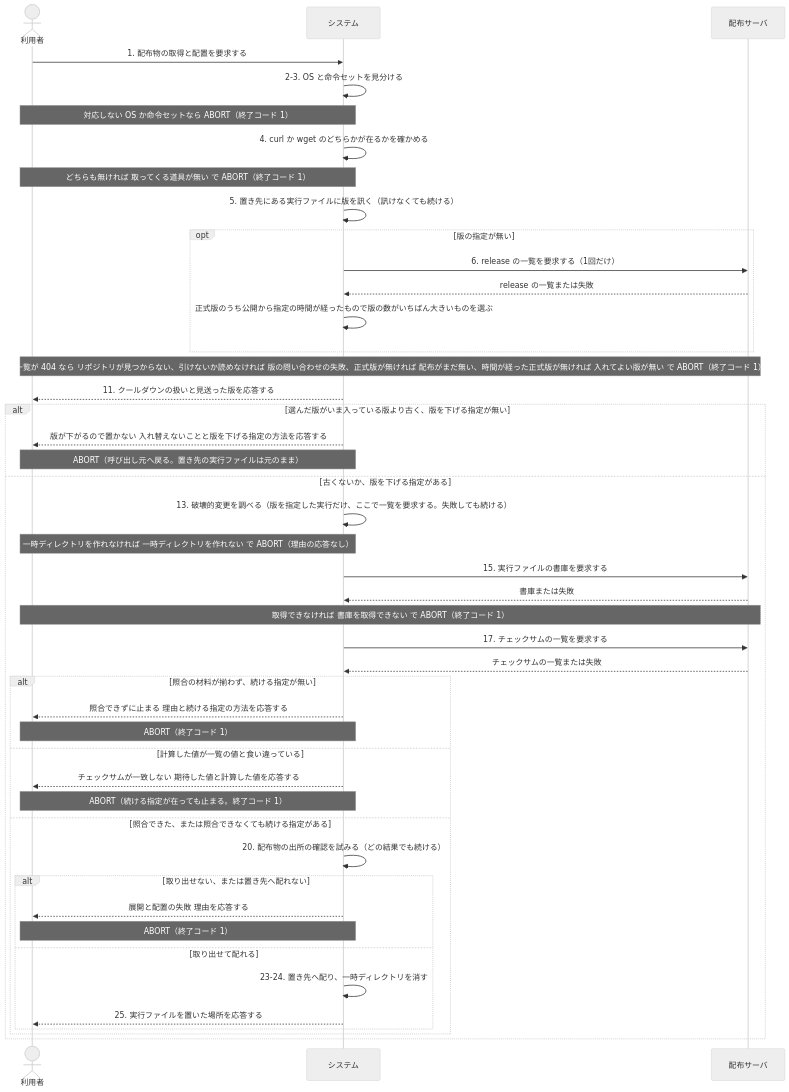
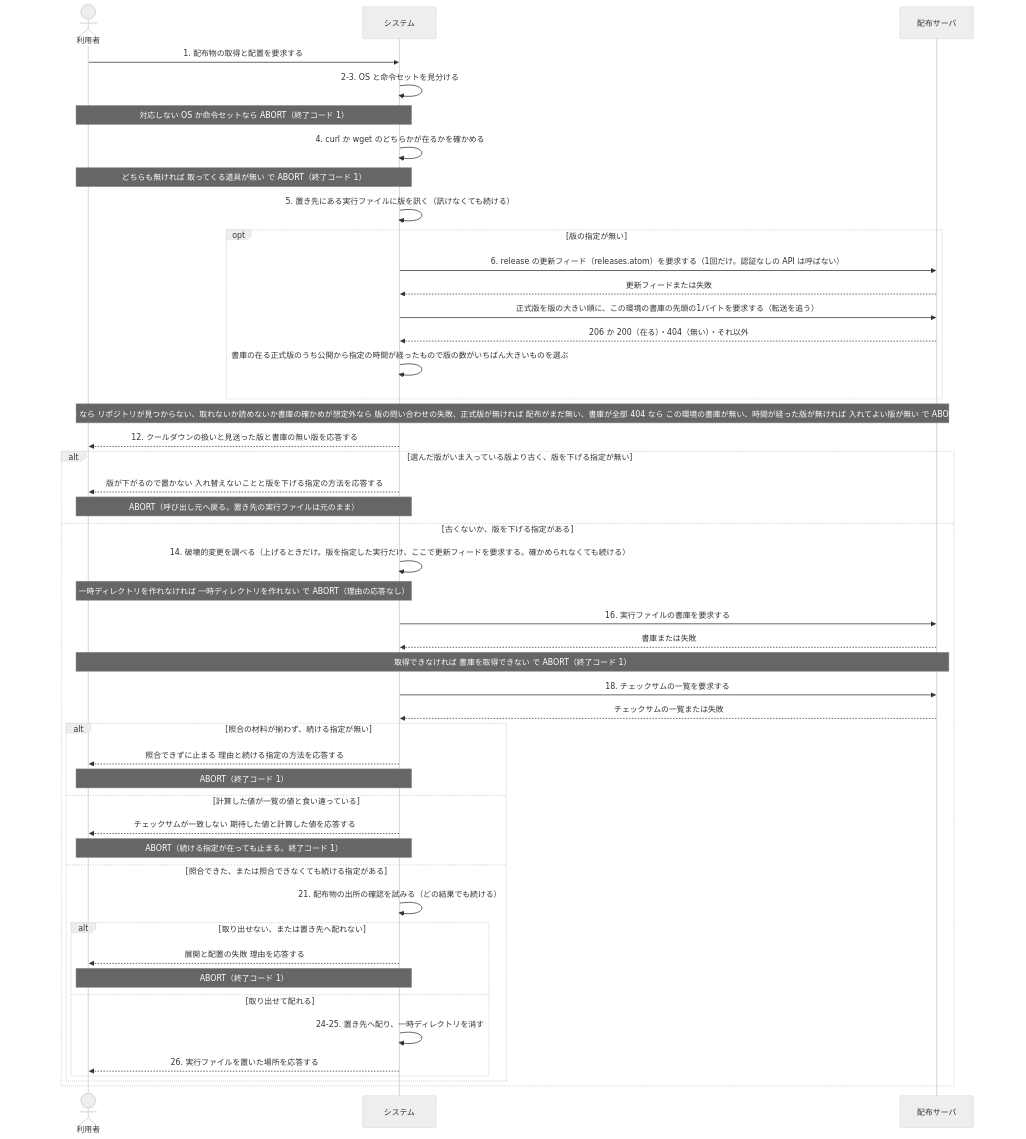
The second of 2 diagrams in docs/spec/usecases/particular_case/配布物を取って置く.rucm.md (maimuzo/continuo), drawn with Mermaid (neutral theme) before and after one commit. The commit also changed other lines of this file and 16 other files, not shown here.

First line of the commit message:
インストーラーが版を選ぶ先を releases.atom にする 認証なしの GitHub API を呼ばずに版を選び 破壊的変更も更新フィードの見出しから読む

````diff
--- a/docs/spec/usecases/particular_case/配布物を取って置く.rucm.md
+++ b/docs/spec/usecases/particular_case/配布物を取って置く.rucm.md
@@ -414,48 +452,50 @@
 ```mermaid
 sequenceDiagram
     actor USER as 利用者
     participant SYS as システム
     participant REL as 配布サーバ
 
     USER->>SYS: 1. 配布物の取得と配置を要求する
     SYS->>SYS: 2-3. OS と命令セットを見分ける
     Note over USER,SYS: 対応しない OS か命令セットなら ABORT（終了コード 1）
     SYS->>SYS: 4. curl か wget のどちらかが在るかを確かめる
     Note over USER,SYS: どちらも無ければ 取ってくる道具が無い で ABORT（終了コード 1）
     SYS->>SYS: 5. 置き先にある実行ファイルに版を訊く（訊けなくても続ける）
     opt 版の指定が無い
-        SYS->>REL: 6. release の一覧を要求する（1回だけ）
-        REL-->>SYS: release の一覧または失敗
-        SYS->>SYS: 正式版のうち公開から指定の時間が経ったもので版の数がいちばん大きいものを選ぶ
+        SYS->>REL: 6. release の更新フィード（releases.atom）を要求する（1回だけ。認証なしの API は呼ばない）
+        REL-->>SYS: 更新フィードまたは失敗
+        SYS->>REL: 正式版を版の大きい順に、この環境の書庫の先頭の1バイトを要求する（転送を追う）
+        REL-->>SYS: 206 か 200（在る）・404（無い）・それ以外
+        SYS->>SYS: 書庫の在る正式版のうち公開から指定の時間が経ったもので版の数がいちばん大きいものを選ぶ
     end
-    Note over USER,REL: 一覧が 404 なら リポジトリが見つからない、引けないか読めなければ 版の問い合わせの失敗、正式版が無ければ 配布がまだ無い、時間が経った正式版が無ければ 入れてよい版が無い で ABORT（終了コード 1）
-    SYS-->>USER: 11. クールダウンの扱いと見送った版を応答する
+    Note over USER,REL: 更新フィードが 404 なら リポジトリが見つからない、取れないか読めないか書庫の確かめが想定外なら 版の問い合わせの失敗、正式版が無ければ 配布がまだ無い、書庫が全部 404 なら この環境の書庫が無い、時間が経った版が無ければ 入れてよい版が無い で ABORT（終了コード 1）
+    SYS-->>USER: 12. クールダウンの扱いと見送った版と書庫の無い版を応答する
     alt 選んだ版がいま入っている版より古く、版を下げる指定が無い
         SYS-->>USER: 版が下がるので置かない 入れ替えないことと版を下げる指定の方法を応答する
         Note over USER,SYS: ABORT（呼び出し元へ戻る。置き先の実行ファイルは元のまま）
     else 古くないか、版を下げる指定がある
-        SYS->>SYS: 13. 破壊的変更を調べる（版を指定した実行だけ、ここで一覧を要求する。失敗しても続ける）
+        SYS->>SYS: 14. 破壊的変更を調べる（上げるときだけ。版を指定した実行だけ、ここで更新フィードを要求する。確かめられなくても続ける）
         Note over USER,SYS: 一時ディレクトリを作れなければ 一時ディレクトリを作れない で ABORT（理由の応答なし）
-        SYS->>REL: 15. 実行ファイルの書庫を要求する
+        SYS->>REL: 16. 実行ファイルの書庫を要求する
         REL-->>SYS: 書庫または失敗
         Note over USER,REL: 取得できなければ 書庫を取得できない で ABORT（終了コード 1）
-        SYS->>REL: 17. チェックサムの一覧を要求する
+        SYS->>REL: 18. チェックサムの一覧を要求する
         REL-->>SYS: チェックサムの一覧または失敗
         alt 照合の材料が揃わず、続ける指定が無い
             SYS-->>USER: 照合できずに止まる 理由と続ける指定の方法を応答する
             Note over USER,SYS: ABORT（終了コード 1）
         else 計算した値が一覧の値と食い違っている
             SYS-->>USER: チェックサムが一致しない 期待した値と計算した値を応答する
             Note over USER,SYS: ABORT（続ける指定が在っても止まる。終了コード 1）
         else 照合できた、または照合できなくても続ける指定がある
-            SYS->>SYS: 20. 配布物の出所の確認を試みる（どの結果でも続ける）
+            SYS->>SYS: 21. 配布物の出所の確認を試みる（どの結果でも続ける）
             alt 取り出せない、または置き先へ配れない
                 SYS-->>USER: 展開と配置の失敗 理由を応答する
                 Note over USER,SYS: ABORT（終了コード 1）
             else 取り出せて配れる
-                SYS->>SYS: 23-24. 置き先へ配り、一時ディレクトリを消す
-                SYS-->>USER: 25. 実行ファイルを置いた場所を応答する
+                SYS->>SYS: 24-25. 置き先へ配り、一時ディレクトリを消す
+                SYS-->>USER: 26. 実行ファイルを置いた場所を応答する
             end
         end
     end
 ```
````
